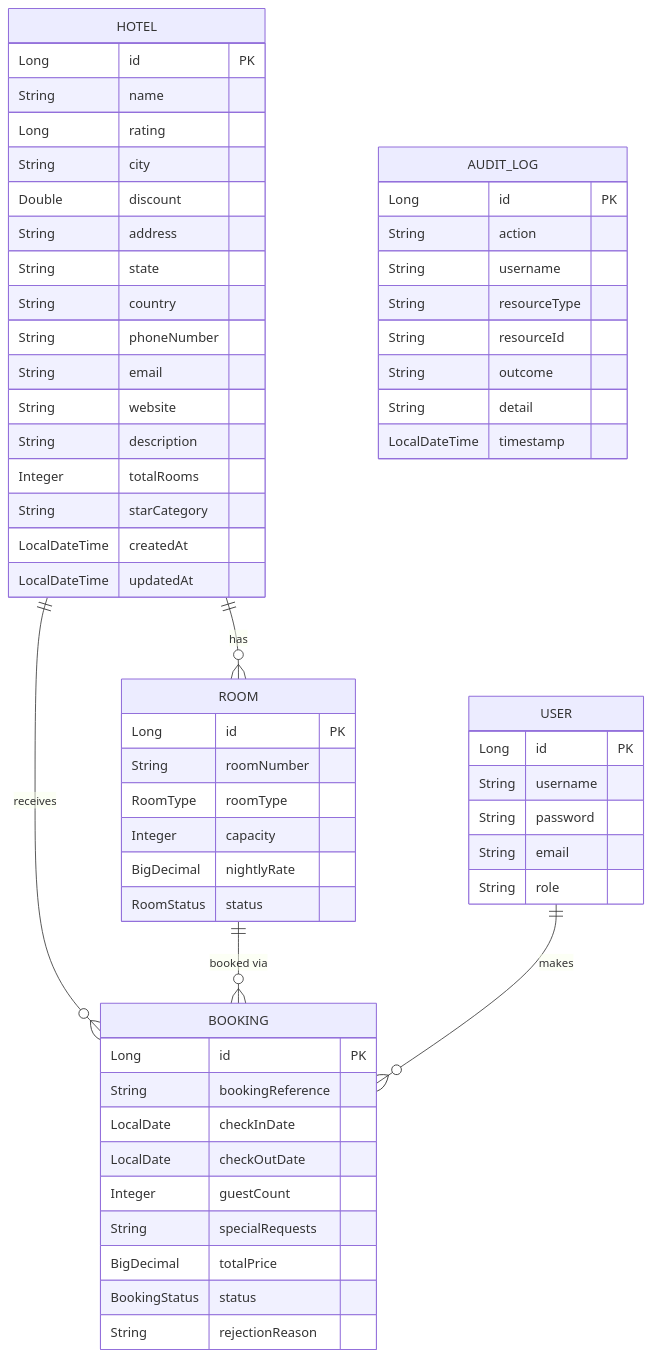
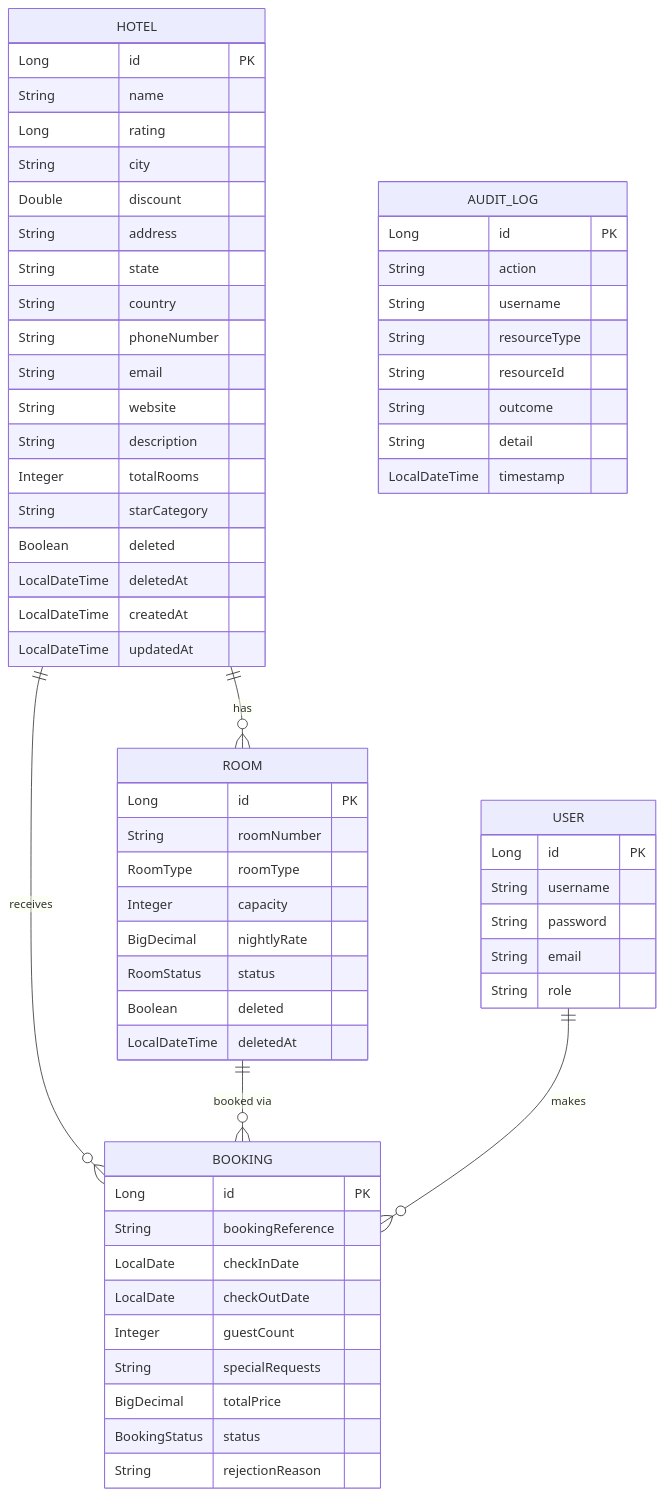
Before and after one commit to byte2code/hotel-management-api: the third of 9 diagrams in README.md, drawn with Mermaid. The commit also changed other lines of this file and 16 other files, not shown here.

````diff
--- a/README.md
+++ b/README.md
@@ -245,66 +247,70 @@
 ```mermaid
 erDiagram
     HOTEL {
         Long id PK
         String name
         Long rating
         String city
         Double discount
         String address
         String state
         String country
         String phoneNumber
         String email
         String website
         String description
         Integer totalRooms
         String starCategory
+        Boolean deleted
+        LocalDateTime deletedAt
         LocalDateTime createdAt
         LocalDateTime updatedAt
     }
 
     ROOM {
         Long id PK
         String roomNumber
         RoomType roomType
         Integer capacity
         BigDecimal nightlyRate
         RoomStatus status
+        Boolean deleted
+        LocalDateTime deletedAt
     }
 
     BOOKING {
         Long id PK
         String bookingReference
         LocalDate checkInDate
         LocalDate checkOutDate
         Integer guestCount
         String specialRequests
         BigDecimal totalPrice
         BookingStatus status
         String rejectionReason
     }
 
     USER {
         Long id PK
         String username
         String password
         String email
         String role
     }
 
     AUDIT_LOG {
         Long id PK
         String action
         String username
         String resourceType
         String resourceId
         String outcome
         String detail
         LocalDateTime timestamp
     }
 
     HOTEL ||--o{ ROOM : "has"
     HOTEL ||--o{ BOOKING : "receives"
     ROOM ||--o{ BOOKING : "booked via"
     USER ||--o{ BOOKING : "makes"
 ```
````
